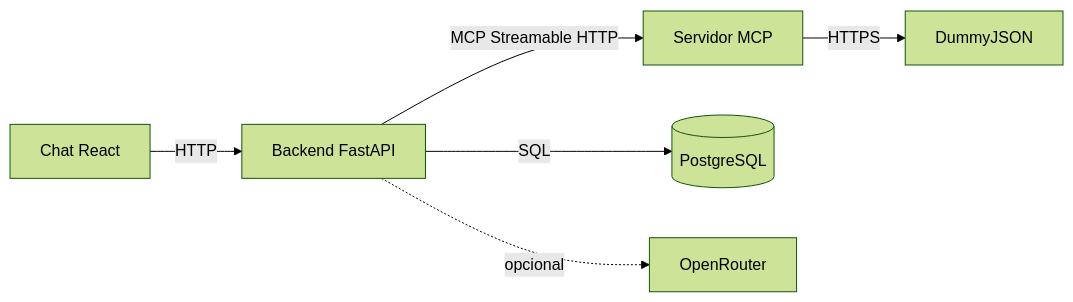
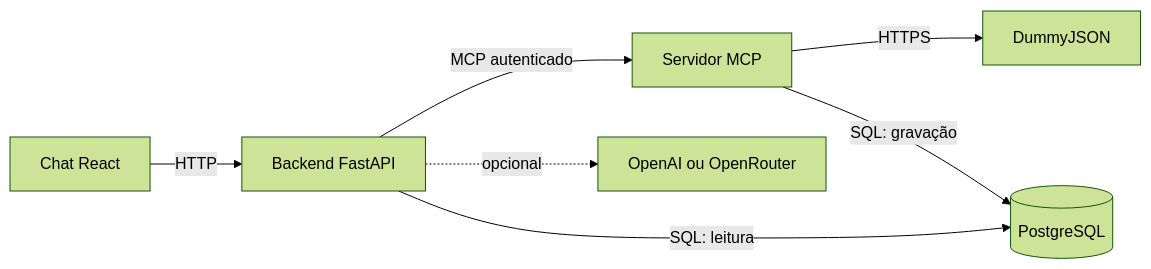
Before and after one commit to Nunes-Rafael/projeto-m.e: the diagram in README.md, drawn with Mermaid (forest theme). The commit also changed other lines of this file and 6 other files, not shown here.

````diff
--- a/README.md
+++ b/README.md
@@ -65,8 +126,9 @@
 ```mermaid
 flowchart LR
   Browser[Chat React] -->|HTTP| API[Backend FastAPI]
-  API -->|MCP Streamable HTTP| MCP[Servidor MCP]
+  API -->|MCP autenticado| MCP[Servidor MCP]
   MCP -->|HTTPS| Catalog[DummyJSON]
-  API -->|SQL| DB[(PostgreSQL)]
-  API -. opcional .-> LLM[OpenRouter]
+  MCP -->|SQL: gravação| DB[(PostgreSQL)]
+  API -->|SQL: leitura| DB
+  API -. opcional .-> LLM[OpenAI ou OpenRouter]
 ```
````
